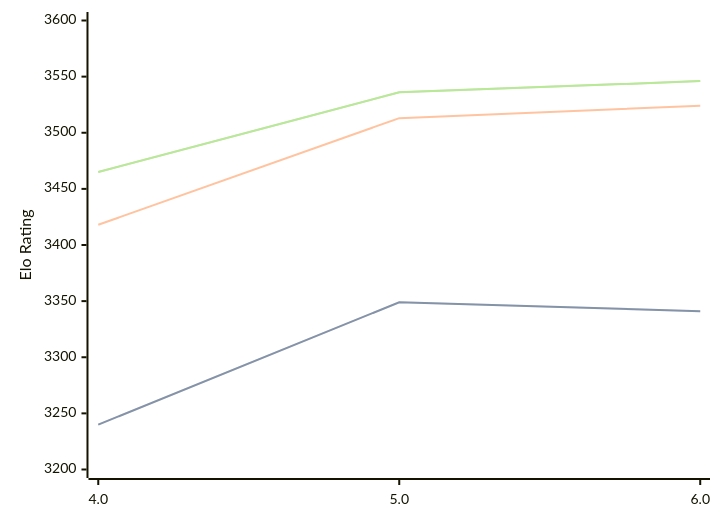
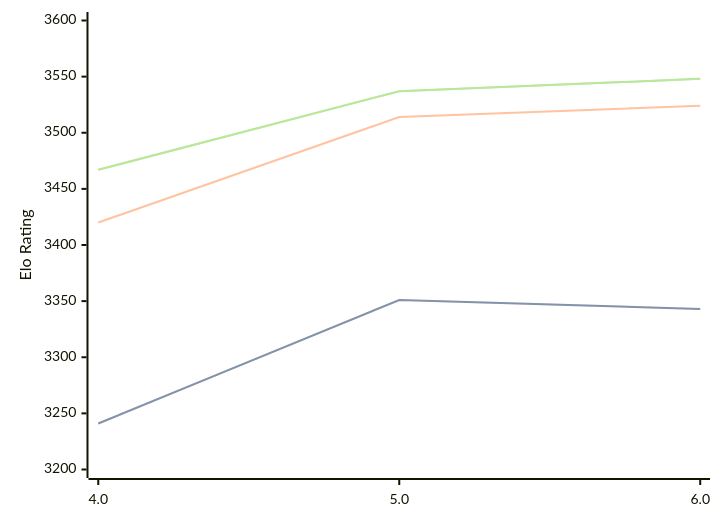
The first of 3 diagrams in engines/Tarnished.md (computer-chess-index/cci), drawn with Mermaid before and after one commit. The commit also changed other lines of this file, not shown here.

Commit message:
Update CCI Ratings (ELO VLTC) - 2026-06-30

````diff
--- a/engines/Tarnished.md
+++ b/engines/Tarnished.md
@@ -37,11 +37,11 @@
 ```mermaid
 %%{init: {"theme":"base","themeVariables":{"seriesColors:['#a3a3a3','#222221','#faa371']}}}%%
 xychart-beta
   x-axis ["4.0", "5.0", "6.0"]
   y-axis "Elo Rating" 3200 --> 3600
-  line "STC (8.0+0.08s)" [3240, 3349, 3341]
-  line "STC (8.0+0.08s)" [3240, 3349, 3341]
-  line "LTC (60.0+0.60s)" [3418, 3513, 3524]
-  line "VLTC (2m24s+1.12s)" [3465, 3536, 3546]
-  line "VLTC (2m24s+1.12s)" [3465, 3536, 3546]
+  line "STC (8.0+0.08s)" [3241, 3351, 3343]
+  line "STC (8.0+0.08s)" [3241, 3351, 3343]
+  line "LTC (60.0+0.60s)" [3420, 3514, 3524]
+  line "VLTC (2m24s+1.12s)" [3467, 3537, 3548]
+  line "VLTC (2m24s+1.12s)" [3467, 3537, 3548]
 ```
````
